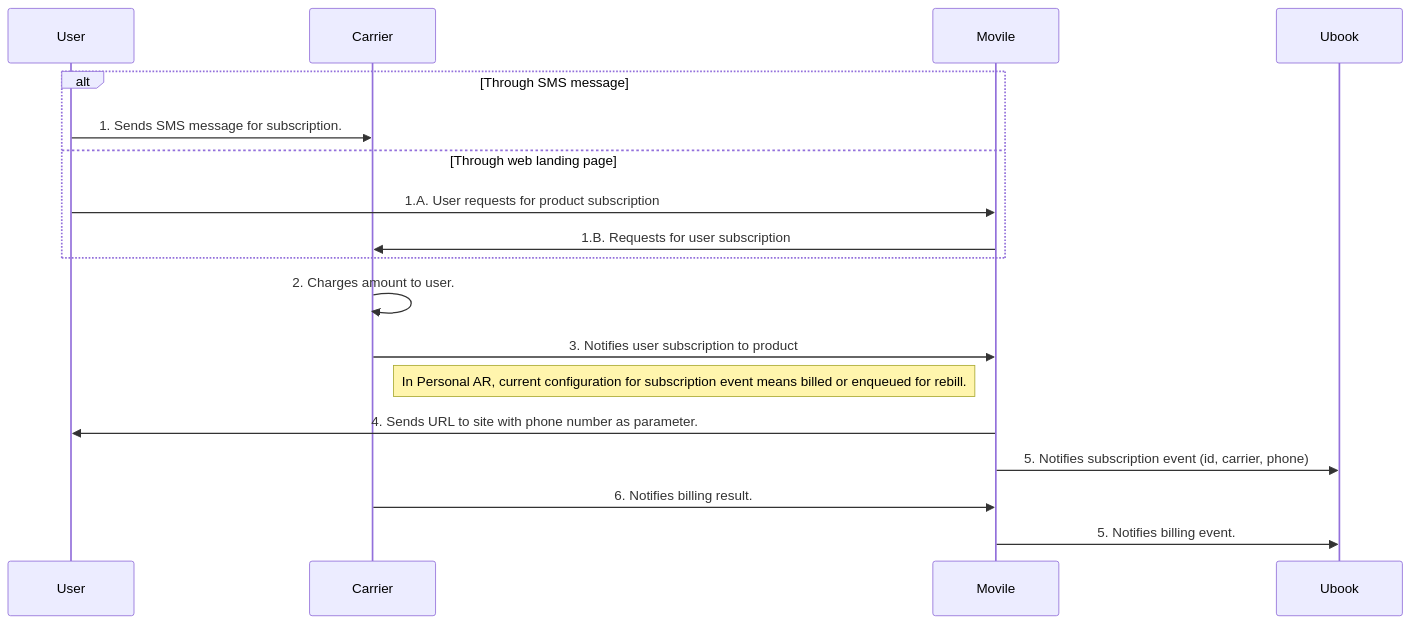
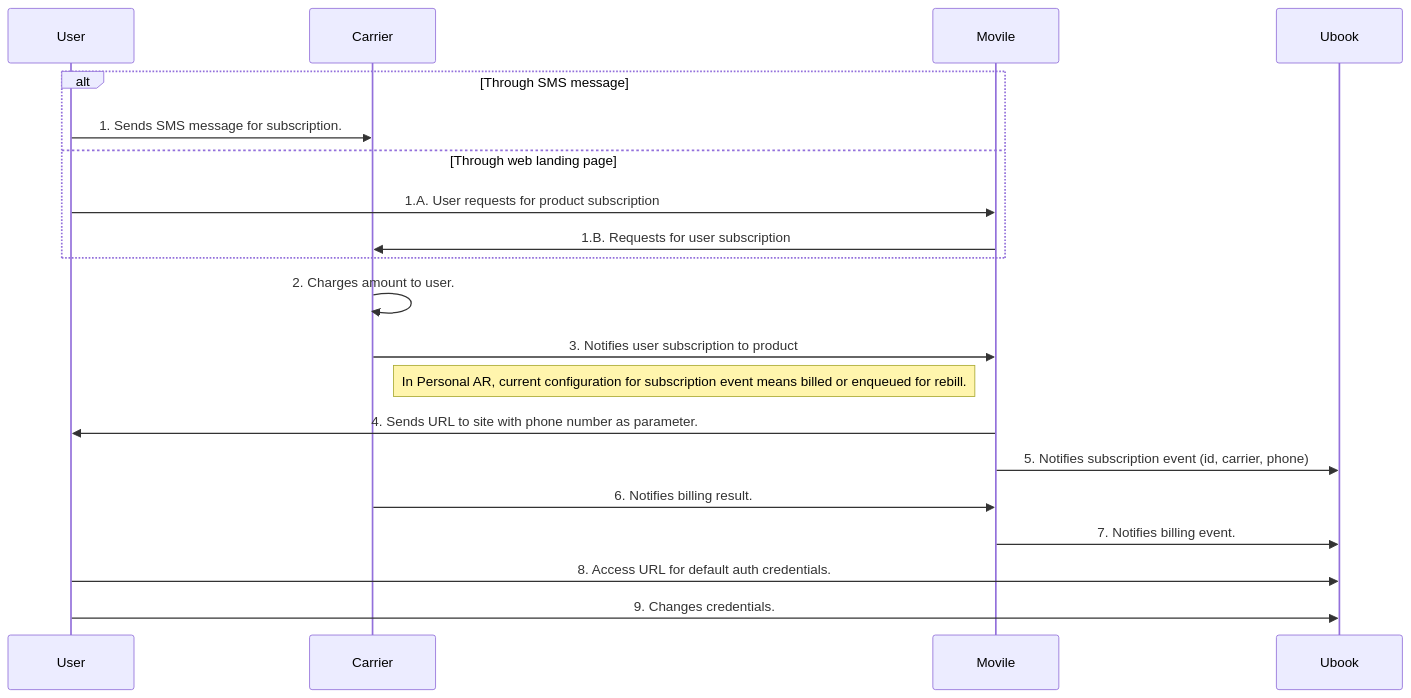
The diagram in ubook/subscription.mmd (ariel-rios-movile/diagrams), drawn with Mermaid before and after one commit. The commit also changed 2 other files, not shown here.

Commit message:
Updates diagrams for Ubook.

```diff
--- a/ubook/subscription.mmd
+++ b/ubook/subscription.mmd
@@ -1,17 +1,20 @@
 sequenceDiagram
     alt Through SMS message
         User ->> Carrier: 1. Sends SMS message for subscription.
     else Through web landing page
         User ->> Movile: 1.A. User requests for product subscription
         Movile ->> Carrier: 1.B. Requests for user subscription
     end
 
     Carrier ->> Carrier: 2. Charges amount to user.
     Carrier ->> Movile: 3. Notifies user subscription to product
     Note right of Carrier: In Personal AR, current configuration for subscription event means billed or enqueued for rebill.
 
     Movile ->> User: 4. Sends URL to site with phone number as parameter.
     Movile ->> Ubook: 5. Notifies subscription event (id, carrier, phone)
 
     Carrier ->> Movile: 6. Notifies billing result.
-    Movile ->> Ubook: 5. Notifies billing event.
+    Movile ->> Ubook: 7. Notifies billing event.
+
+    User ->> Ubook: 8. Access URL for default auth credentials.
+    User ->> Ubook: 9. Changes credentials.
```
